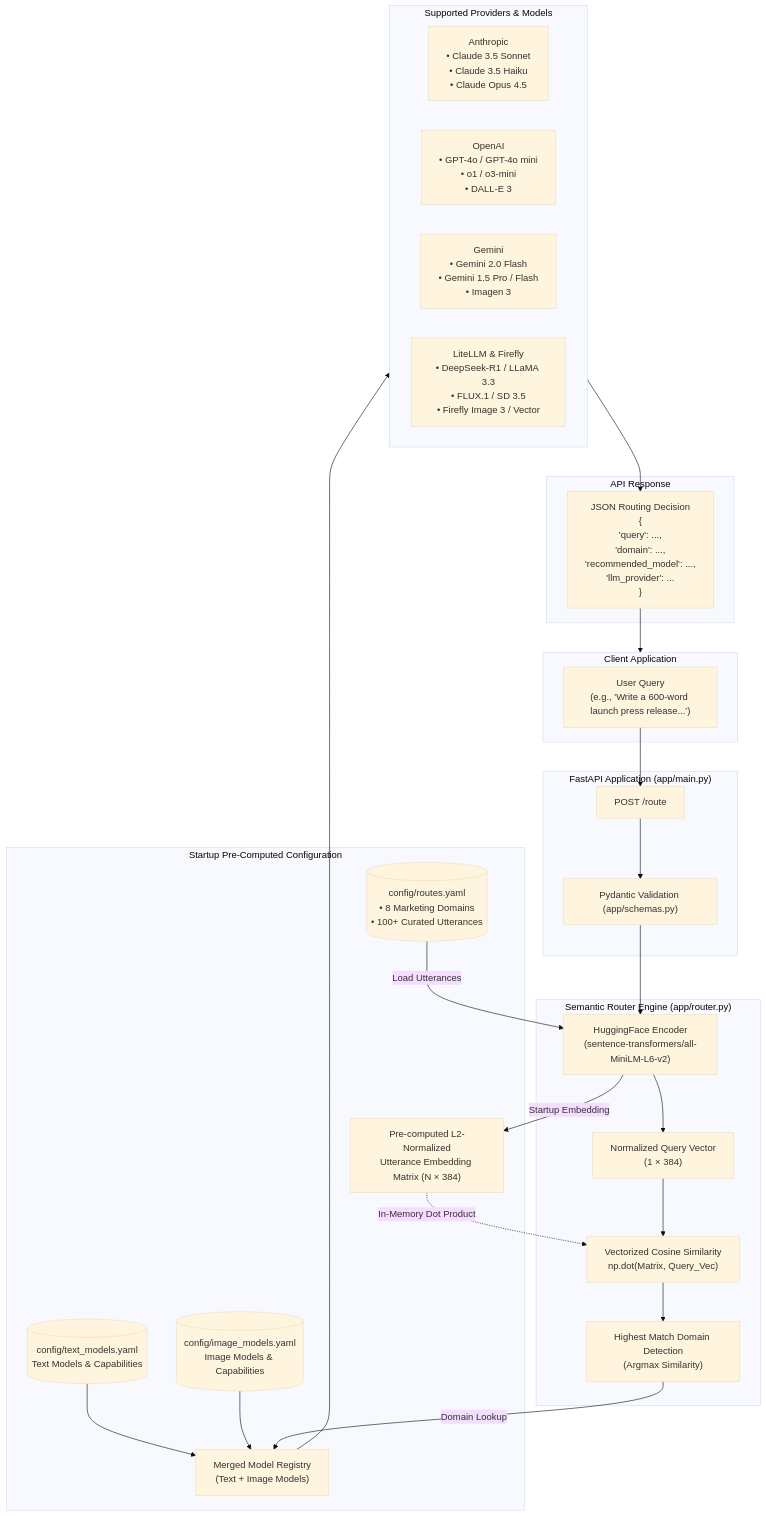
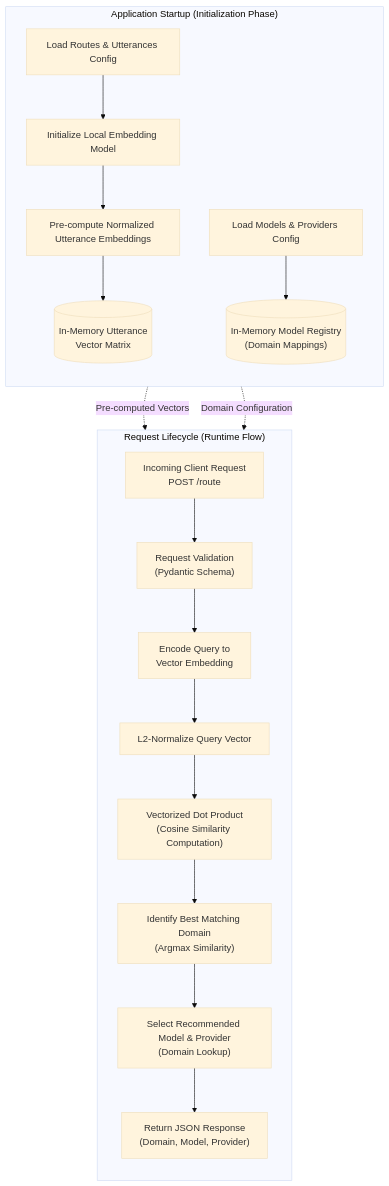
One commit to dineshlalam15/semantic-router changed the diagram in README.md. Above: the diagram before and after it, drawn with Mermaid (base theme).

Commit message:
README UPDATED

````diff
--- a/README.md
+++ b/README.md
@@ -12,56 +12,43 @@
 ```mermaid
 flowchart TD
-    subgraph Client["Client Application"]
-        A["User Query\n(e.g., 'Write a 600-word launch press release...')"]
+    %% Startup Phase
+    subgraph Startup["Application Startup (Initialization Phase)"]
+        direction TB
+        CFG_R["Load Routes & Utterances Config"]
+        CFG_M["Load Models & Providers Config"]
+        ENC["Initialize Local Embedding Model"]
+        EMB_INIT["Pre-compute Normalized Utterance Embeddings"]
+        MATRIX[("In-Memory Utterance\nVector Matrix")]
+        REGISTRY[("In-Memory Model Registry\n(Domain Mappings)")]
+
+        CFG_R --> ENC
+        ENC --> EMB_INIT
+        EMB_INIT --> MATRIX
+        CFG_M --> REGISTRY
     end
 
-    subgraph API["FastAPI Application (app/main.py)"]
-        B["POST /route"]
-        C["Pydantic Validation (app/schemas.py)"]
+    %% Runtime Phase
+    subgraph Runtime["Request Lifecycle (Runtime Flow)"]
+        direction TB
+        REQ["Incoming Client Request\nPOST /route"]
+        VAL["Request Validation\n(Pydantic Schema)"]
+        ENCODE_REQ["Encode Query to\nVector Embedding"]
+        NORM["L2-Normalize Query Vector"]
+        SIM["Vectorized Dot Product\n(Cosine Similarity Computation)"]
+        BEST["Identify Best Matching Domain\n(Argmax Similarity)"]
+        SELECT["Select Recommended Model & Provider\n(Domain Lookup)"]
+        RESP["Return JSON Response\n(Domain, Model, Provider)"]
+
+        REQ --> VAL
+        VAL --> ENCODE_REQ
+        ENCODE_REQ --> NORM
+        NORM --> SIM
+        SIM --> BEST
+        BEST --> SELECT
+        SELECT --> RESP
     end
 
-    subgraph Core["Semantic Router Engine (app/router.py)"]
-        D["HuggingFace Encoder\n(sentence-transformers/all-MiniLM-L6-v2)"]
-        E["Normalized Query Vector\n(1 × 384)"]
-        F["Vectorized Cosine Similarity\nnp.dot(Matrix, Query_Vec)"]
-        G["Highest Match Domain Detection\n(Argmax Similarity)"]
-    end
-
-    subgraph Storage["Startup Pre-Computed Configuration"]
-        H[("config/routes.yaml\n• 8 Marketing Domains\n• 100+ Curated Utterances")]
-        I["Pre-computed L2-Normalized\nUtterance Embedding Matrix (N × 384)"]
-        J[("config/text_models.yaml\nText Models & Capabilities")]
-        K[("config/image_models.yaml\nImage Models & Capabilities")]
-        L["Merged Model Registry\n(Text + Image Models)"]
-    end
-
-    subgraph Providers["Supported Providers & Models"]
-        M["Anthropic\n• Claude 3.5 Sonnet\n• Claude 3.5 Haiku\n• Claude Opus 4.5"]
-        N["OpenAI\n• GPT-4o / GPT-4o mini\n• o1 / o3-mini\n• DALL-E 3"]
-        O["Gemini\n• Gemini 2.0 Flash\n• Gemini 1.5 Pro / Flash\n• Imagen 3"]
-        P["LiteLLM & Firefly\n• DeepSeek-R1 / LLaMA 3.3\n• FLUX.1 / SD 3.5\n• Firefly Image 3 / Vector"]
-    end
-
-    subgraph Response["API Response"]
-        Q["JSON Routing Decision\n{\n  'query': ...,\n  'domain': ...,\n  'recommended_model': ...,\n  'llm_provider': ...\n}"]
-    end
-
-    %% Startup Flow
-    H -->|Load Utterances| D
-    D -->|Startup Embedding| I
-    J --> L
-    K --> L
-    I -.->|In-Memory Dot Product| F
-
-    %% Request Flow
-    A --> B
-    B --> C
-    C --> D
-    D --> E
-    E --> F
-    F --> G
-    G -->|Domain Lookup| L
-    L --> Providers
-    Providers --> Q
-    Q --> Client
+    %% Interactions
+    MATRIX -.->|Pre-computed Vectors| SIM
+    REGISTRY -.->|Domain Configuration| SELECT
 ```
````
